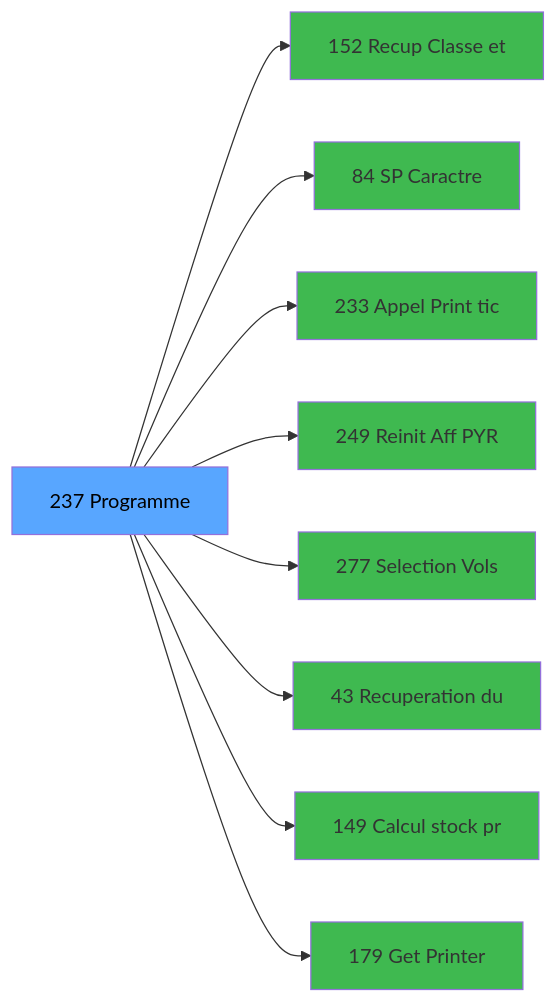
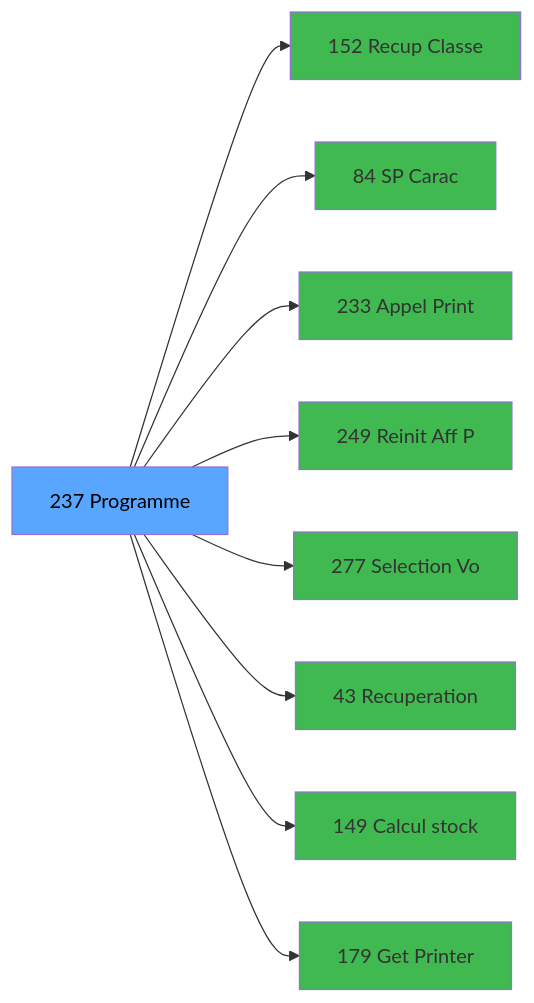
Before and after one commit to thonyAGP/magic-migration: the third of 3 diagrams in .openspec/specs/ADH-IDE-237.md, drawn with Mermaid. The commit also changed other lines of this file and 323 other files, not shown here.

````diff
--- a/.openspec/specs/ADH-IDE-237.md
+++ b/.openspec/specs/ADH-IDE-237.md
@@ -152,29 +194,29 @@
 ```mermaid
 graph LR
     T[237 Programme]
-    C152[152 Recup Classe et]
+    C152[152 Recup Classe]
     T --> C152
-    C84[84     SP Caractre]
+    C84[84     SP Carac]
     T --> C84
-    C233[233 Appel Print tic]
+    C233[233 Appel Print ]
     T --> C233
-    C249[249 Reinit Aff PYR]
+    C249[249 Reinit Aff P]
     T --> C249
-    C277[277 Selection Vols ]
+    C277[277 Selection Vo]
     T --> C277
-    C43[43 Recuperation du]
+    C43[43 Recuperation]
     T --> C43
-    C149[149 Calcul stock pr]
+    C149[149 Calcul stock]
     T --> C149
     C179[179 Get Printer]
     T --> C179
     style T fill:#58a6ff,color:#000
     style C152 fill:#3fb950
     style C84 fill:#3fb950
     style C233 fill:#3fb950
     style C249 fill:#3fb950
     style C277 fill:#3fb950
     style C43 fill:#3fb950
     style C149 fill:#3fb950
     style C179 fill:#3fb950
 ```
````
